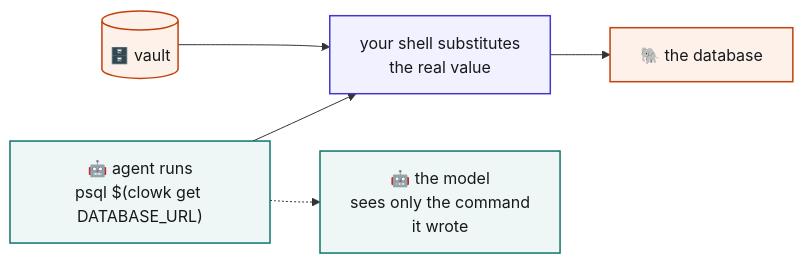
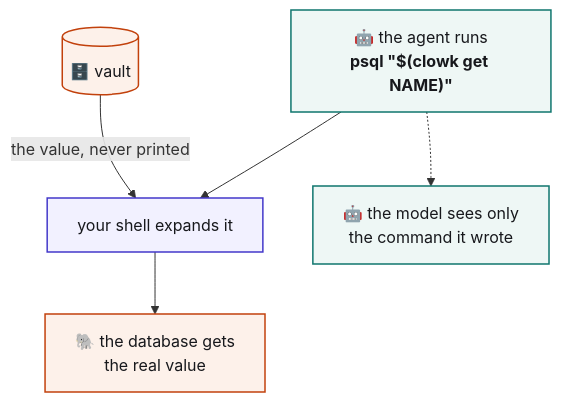
The second of 3 diagrams in README.md (Aniumbott/clowk), drawn with Mermaid before and after one commit. The commit also changed other lines of this file, not shown here.

Commit message:
docs: lay the diagrams out for the width a README actually has
Rendered all three with mermaid-cli rather than guessing. The capture
diagram came out 1713px wide, which GitHub scales to a 880px column --
8px text, unreadable. Vertical is 605px, so it renders at full size.

The rest is wrapping: mermaid breaks a label at 200px wherever it lands,
so `psql "$(clowk get DATABASE_URL)"` split mid-token and the deny list
split at "git credential / fill". Both now break where a reader would.

````diff
--- a/README.md
+++ b/README.md
@@ -132,17 +131,17 @@
 ```mermaid
-flowchart LR
-    A["🤖 agent runs<br/>psql $(clowk get DATABASE_URL)"]:::ref
-    S["your shell substitutes<br/>the real value"]:::tool
+flowchart TD
+    A["🤖 the agent runs<br/><b>psql &quot;$(clowk get NAME)&quot;</b>"]:::ref
+    S["your shell expands it"]:::tool
     V[("🗄️ vault")]:::secret
-    D["🐘 the database"]:::secret
-    M["🤖 the model<br/>sees only the command<br/>it wrote"]:::ref
+    D["🐘 the database gets<br/>the real value"]:::secret
+    M["🤖 the model sees only<br/>the command it wrote"]:::ref
 
     A --> S
-    V --> S
+    V -->|"the value, never printed"| S
     S --> D
     A -.-> M
 
     classDef secret fill:#fdf1ea,stroke:#c2410c,stroke-width:1.5px,color:#17181c
     classDef ref fill:#eef7f5,stroke:#0f766e,stroke-width:1.5px,color:#17181c
     classDef tool fill:#f2f1ff,stroke:#4338ca,stroke-width:1.5px,color:#17181c
 ```
````
